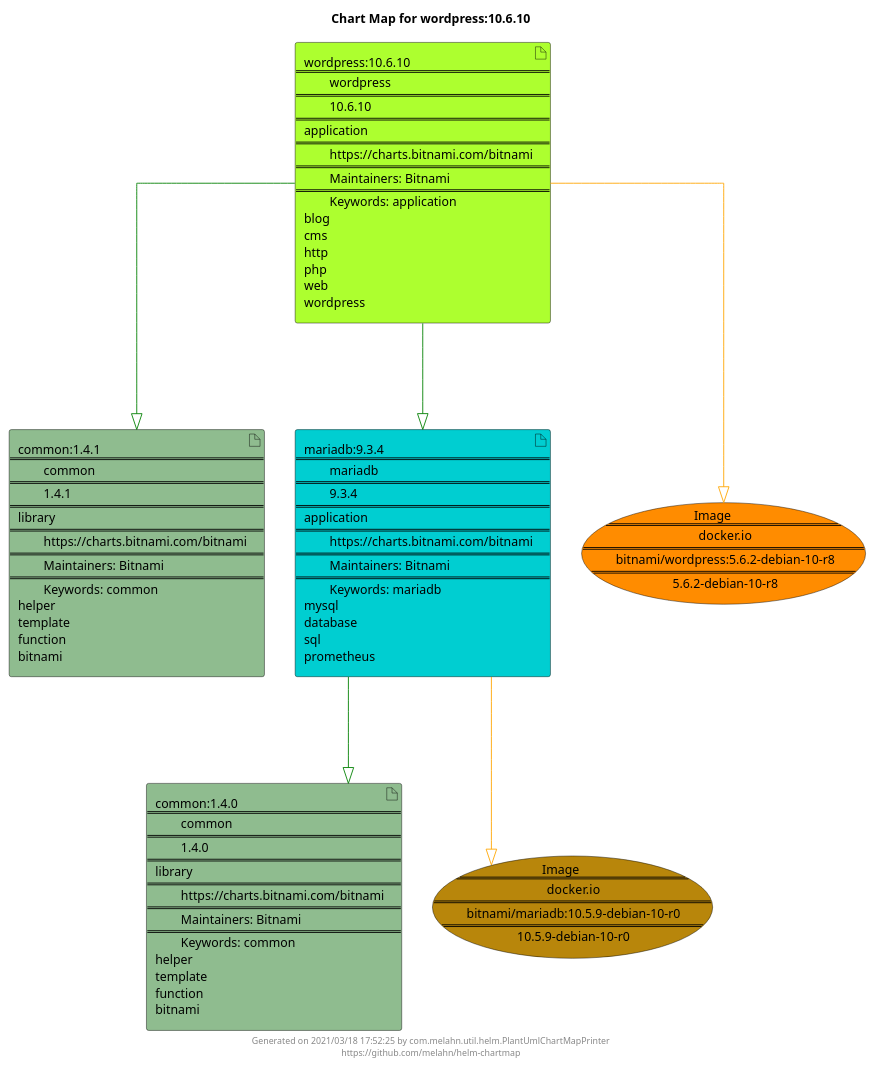
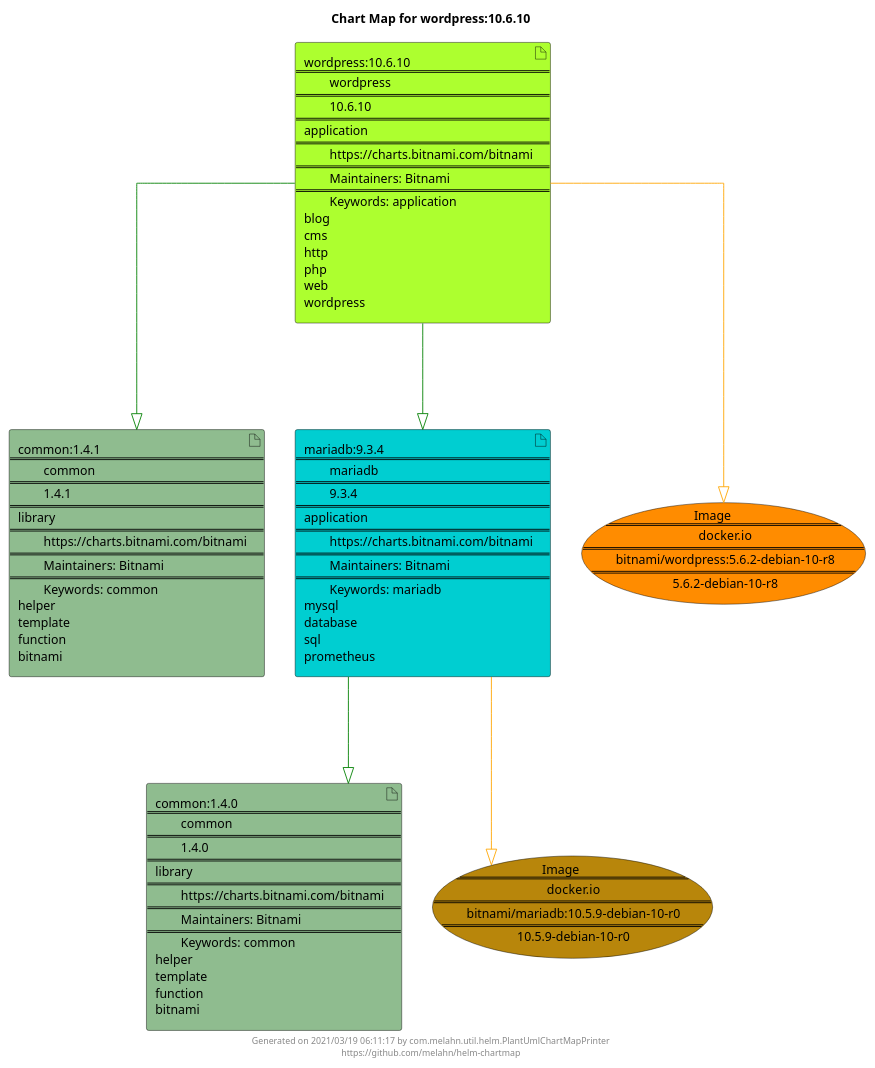
The diagram in docs/wordpress/wordpress-10.6.10.puml (melahn/helm-chartmap), drawn with PlantUML before and after one commit. The commit also changed 29 other files, not shown here.

Commit message:
Regenerate chart examples

```diff
--- a/docs/wordpress/wordpress-10.6.10.puml
+++ b/docs/wordpress/wordpress-10.6.10.puml
@@ -1,29 +1,29 @@
 @startuml
 skinparam linetype ortho
 skinparam backgroundColor white
 skinparam usecaseBorderColor black
 skinparam usecaseArrowColor LightSlateGray
 skinparam artifactBorderColor black
 skinparam artifactArrowColor LightSlateGray
 
 title Chart Map for wordpress:10.6.10
 
 'There are 4 referenced Helm Charts
 artifact "common:1.4.1\n====\n\tcommon\n====\n\t1.4.1\n====\nlibrary\n====\n\thttps://charts.bitnami.com/bitnami\n====\n\tMaintainers: Bitnami\n====\n\tKeywords: common\nhelper\ntemplate\nfunction\nbitnami" as common_1_4_1 #DarkSeaGreen
 artifact "mariadb:9.3.4\n====\n\tmariadb\n====\n\t9.3.4\n====\napplication\n====\n\thttps://charts.bitnami.com/bitnami\n====\n\tMaintainers: Bitnami\n====\n\tKeywords: mariadb\nmysql\ndatabase\nsql\nprometheus" as mariadb_9_3_4 #DarkTurquoise
 artifact "common:1.4.0\n====\n\tcommon\n====\n\t1.4.0\n====\nlibrary\n====\n\thttps://charts.bitnami.com/bitnami\n====\n\tMaintainers: Bitnami\n====\n\tKeywords: common\nhelper\ntemplate\nfunction\nbitnami" as common_1_4_0 #DarkSeaGreen
 artifact "wordpress:10.6.10\n====\n\twordpress\n====\n\t10.6.10\n====\napplication\n====\n\thttps://charts.bitnami.com/bitnami\n====\n\tMaintainers: Bitnami\n====\n\tKeywords: application\nblog\ncms\nhttp\nphp\nweb\nwordpress" as wordpress_10_6_10 #GreenYellow
 
 'There are 2 referenced Docker Images
 usecase "Image\n====\n\tdocker.io\n====\n\tbitnami/wordpress:5.6.2-debian-10-r8\n====\n\t5.6.2-debian-10-r8" as docker_io_bitnami_wordpress_5_6_2_debian_10_r8 #Darkorange
 usecase "Image\n====\n\tdocker.io\n====\n\tbitnami/mariadb:10.5.9-debian-10-r0\n====\n\t10.5.9-debian-10-r0" as docker_io_bitnami_mariadb_10_5_9_debian_10_r0 #DarkGoldenRod
 
 'Chart Dependencies
 wordpress_10_6_10--[#green]-|>common_1_4_1
 wordpress_10_6_10--[#green]-|>mariadb_9_3_4
 mariadb_9_3_4--[#green]-|>common_1_4_0
 mariadb_9_3_4--[#orange]-|>docker_io_bitnami_mariadb_10_5_9_debian_10_r0
 wordpress_10_6_10--[#orange]-|>docker_io_bitnami_wordpress_5_6_2_debian_10_r8
 
-center footer Generated on 2021/03/18 17:52:25 by com.melahn.util.helm.PlantUmlChartMapPrinter\nhttps://github.com/melahn/helm-chartmap
+center footer Generated on 2021/03/19 06:11:17 by com.melahn.util.helm.PlantUmlChartMapPrinter\nhttps://github.com/melahn/helm-chartmap
 @enduml
```
